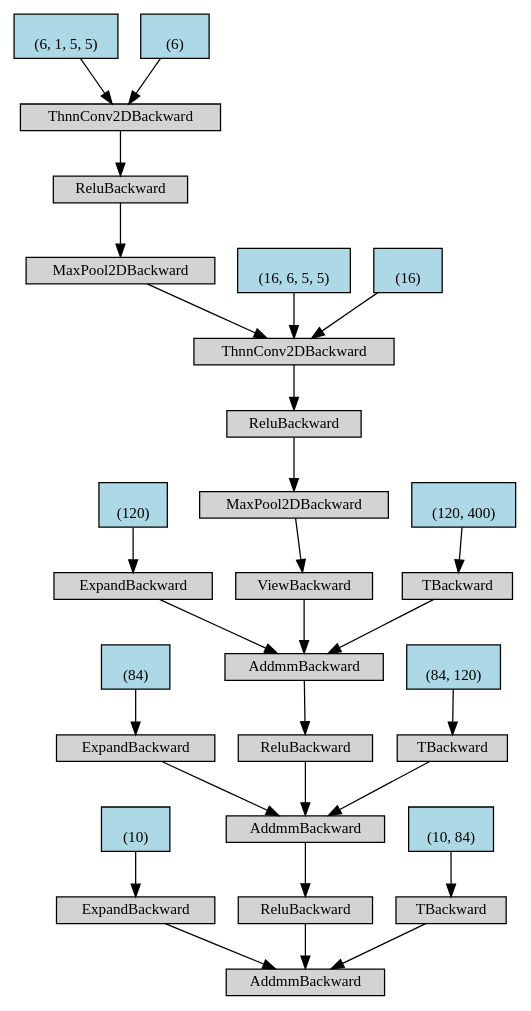
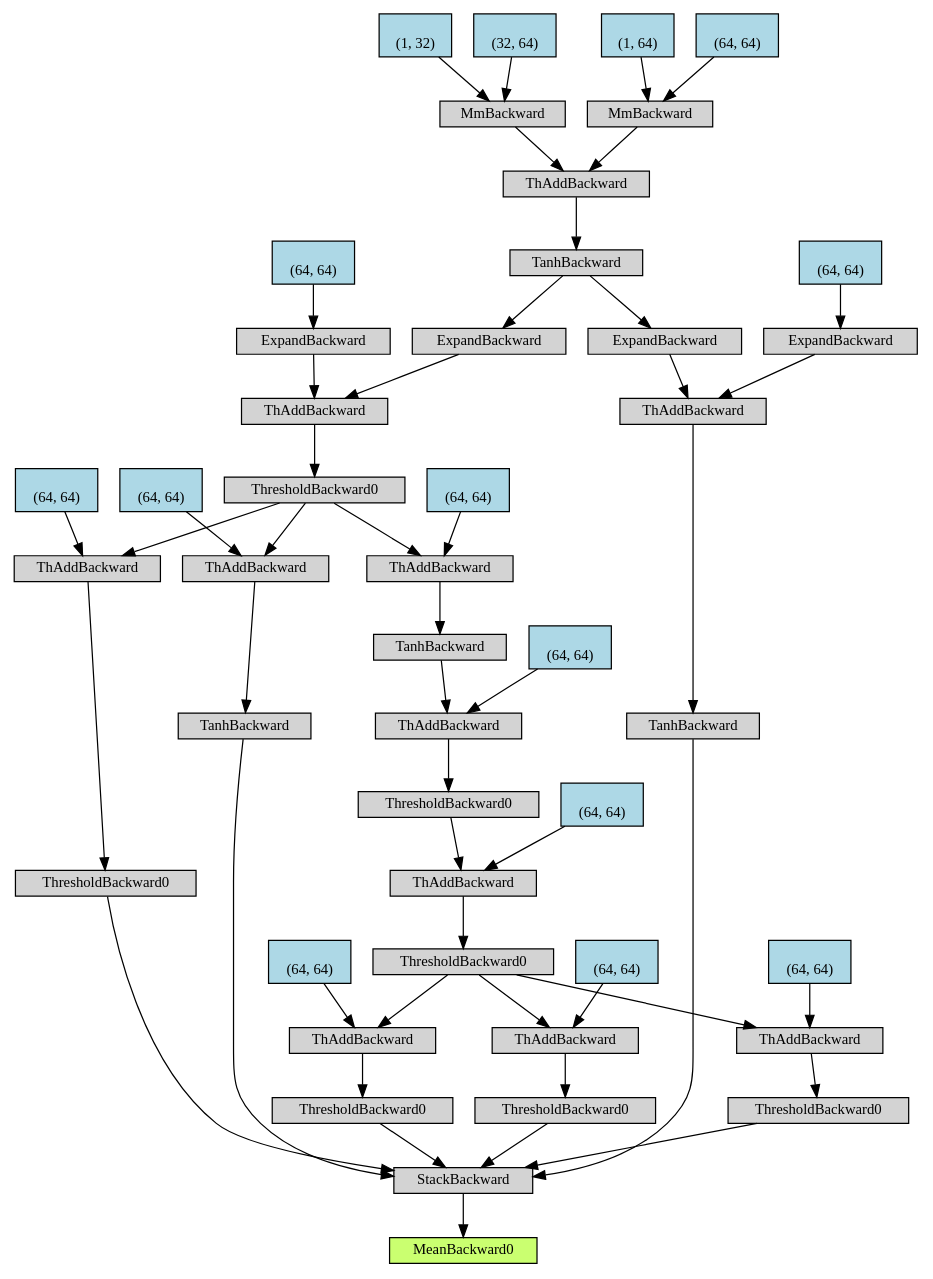
Before and after one commit to yenicelik/neuralarchitecturesearch: the diagram in src/playground/Digraph.gv, drawn with Graphviz. The commit also changed 49 other files, not shown here.

```diff
--- a/src/playground/Digraph.gv
+++ b/src/playground/Digraph.gv
@@ -1,69 +1,110 @@
 digraph {
-	graph [size="12,12"]
+	graph [size="13.799999999999999,13.799999999999999"]
 	node [align=left fontsize=12 height=0.2 ranksep=0.1 shape=box style=filled]
-	4412732136 [label=AddmmBackward]
-	4412732024 -> 4412732136
-	4412732024 [label=ExpandBackward]
-	4412713728 -> 4412732024
-	4412713728 [label="
- (10)" fillcolor=lightblue]
-	4412713168 -> 4412732136
-	4412713168 [label=ReluBackward]
-	4412791384 -> 4412713168
-	4412791384 [label=AddmmBackward]
-	4412791440 -> 4412791384
-	4412791440 [label=ExpandBackward]
-	4412792560 -> 4412791440
-	4412792560 [label="
- (84)" fillcolor=lightblue]
-	4412792392 -> 4412791384
-	4412792392 [label=ReluBackward]
-	4412792616 -> 4412792392
-	4412792616 [label=AddmmBackward]
-	4412792672 -> 4412792616
-	4412792672 [label=ExpandBackward]
-	4412821688 -> 4412792672
-	4412821688 [label="
- (120)" fillcolor=lightblue]
-	4412792784 -> 4412792616
-	4412792784 [label=ViewBackward]
-	4412821744 -> 4412792784
-	4412821744 [label=MaxPool2DBackward]
-	4412821800 -> 4412821744
-	4412821800 [label=ReluBackward]
-	4412821968 -> 4412821800
-	4412821968 [label=ThnnConv2DBackward]
-	4412822080 -> 4412821968
-	4412822080 [label=MaxPool2DBackward]
-	4412822304 -> 4412822080
-	4412822304 [label=ReluBackward]
-	4412822416 -> 4412822304
-	4412822416 [label=ThnnConv2DBackward]
-	4412822528 -> 4412822416
-	4412822528 [label="
- (6, 1, 5, 5)" fillcolor=lightblue]
-	4412822584 -> 4412822416
-	4412822584 [label="
- (6)" fillcolor=lightblue]
-	4412822136 -> 4412821968
-	4412822136 [label="
- (16, 6, 5, 5)" fillcolor=lightblue]
-	4412822192 -> 4412821968
-	4412822192 [label="
- (16)" fillcolor=lightblue]
-	4412821576 -> 4412792616
-	4412821576 [label=TBackward]
-	4412821856 -> 4412821576
-	4412821856 [label="
- (120, 400)" fillcolor=lightblue]
-	4412792448 -> 4412791384
-	4412792448 [label=TBackward]
-	4412792728 -> 4412792448
-	4412792728 [label="
- (84, 120)" fillcolor=lightblue]
-	4412713896 -> 4412732136
-	4412713896 [label=TBackward]
-	4412792336 -> 4412713896
-	4412792336 [label="
- (10, 84)" fillcolor=lightblue]
+	4566739152 [label=MeanBackward0 fillcolor=darkolivegreen1]
+	4379525360 -> 4566739152
+	4379525360 [label=StackBackward]
+	4566724680 -> 4379525360
+	4566724680 [label=ThresholdBackward0]
+	4567685552 -> 4566724680
+	4567685552 [label=ThAddBackward]
+	4567685720 -> 4567685552
+	4567685720 [label=ThresholdBackward0]
+	4567685888 -> 4567685720
+	4567685888 [label=ThAddBackward]
+	4567686000 -> 4567685888
+	4567686000 [label=ExpandBackward]
+	4567686168 -> 4567686000
+	4567686168 [label=TanhBackward]
+	4567686280 -> 4567686168
+	4567686280 [label=ThAddBackward]
+	4567686392 -> 4567686280
+	4567686392 [label=MmBackward]
+	4567686560 -> 4567686392
+	4567686560 [label="
+ (1, 32)" fillcolor=lightblue]
+	4567686616 -> 4567686392
+	4567686616 [label="
+ (32, 64)" fillcolor=lightblue]
+	4567686448 -> 4567686280
+	4567686448 [label=MmBackward]
+	4567686672 -> 4567686448
+	4567686672 [label="
+ (1, 64)" fillcolor=lightblue]
+	4567686728 -> 4567686448
+	4567686728 [label="
+ (64, 64)" fillcolor=lightblue]
+	4567686056 -> 4567685888
+	4567686056 [label=ExpandBackward]
+	4567686224 -> 4567686056
+	4567686224 [label="
+ (64, 64)" fillcolor=lightblue]
+	4567685776 -> 4567685552
+	4567685776 [label="
+ (64, 64)" fillcolor=lightblue]
+	4567685496 -> 4379525360
+	4567685496 [label=TanhBackward]
+	4567685664 -> 4567685496
+	4567685664 [label=ThAddBackward]
+	4567685720 -> 4567685664
+	4567686112 -> 4567685664
+	4567686112 [label="
+ (64, 64)" fillcolor=lightblue]
+	4567685272 -> 4379525360
+	4567685272 [label=TanhBackward]
+	4567685832 -> 4567685272
+	4567685832 [label=ThAddBackward]
+	4567686784 -> 4567685832
+	4567686784 [label=ExpandBackward]
+	4567686168 -> 4567686784
+	4567686336 -> 4567685832
+	4567686336 [label=ExpandBackward]
+	4567686840 -> 4567686336
+	4567686840 [label="
+ (64, 64)" fillcolor=lightblue]
+	4567685384 -> 4379525360
+	4567685384 [label=ThresholdBackward0]
+	4567685944 -> 4567685384
+	4567685944 [label=ThAddBackward]
+	4567686896 -> 4567685944
+	4567686896 [label=ThresholdBackward0]
+	4567687064 -> 4567686896
+	4567687064 [label=ThAddBackward]
+	4567756872 -> 4567687064
+	4567756872 [label=ThresholdBackward0]
+	4567757040 -> 4567756872
+	4567757040 [label=ThAddBackward]
+	4567757152 -> 4567757040
+	4567757152 [label=TanhBackward]
+	4567757320 -> 4567757152
+	4567757320 [label=ThAddBackward]
+	4567685720 -> 4567757320
+	4567757432 -> 4567757320
+	4567757432 [label="
+ (64, 64)" fillcolor=lightblue]
+	4567757208 -> 4567757040
+	4567757208 [label="
+ (64, 64)" fillcolor=lightblue]
+	4567756928 -> 4567687064
+	4567756928 [label="
+ (64, 64)" fillcolor=lightblue]
+	4567687008 -> 4567685944
+	4567687008 [label="
+ (64, 64)" fillcolor=lightblue]
+	4567685440 -> 4379525360
+	4567685440 [label=ThresholdBackward0]
+	4567686504 -> 4567685440
+	4567686504 [label=ThAddBackward]
+	4567686896 -> 4567686504
+	4567687120 -> 4567686504
+	4567687120 [label="
+ (64, 64)" fillcolor=lightblue]
+	4567685328 -> 4379525360
+	4567685328 [label=ThresholdBackward0]
+	4567686952 -> 4567685328
+	4567686952 [label=ThAddBackward]
+	4567686896 -> 4567686952
+	4567757096 -> 4567686952
+	4567757096 [label="
+ (64, 64)" fillcolor=lightblue]
 }
```
